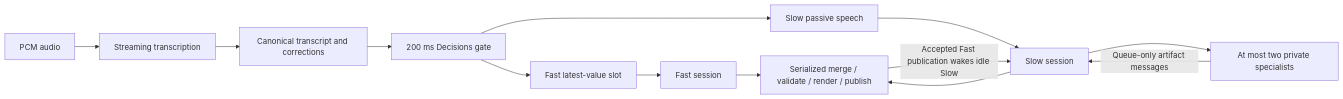
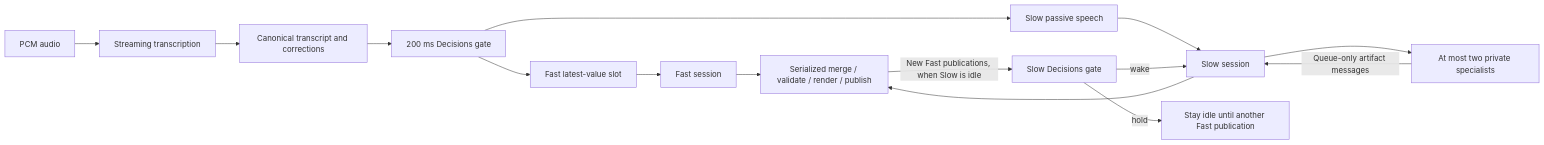
The diagram in orchestration/README.md (huytrinhm/talkdeck), drawn with Mermaid before and after one commit. The commit also changed other lines of this file and 31 other files, not shown here.

````diff
--- a/orchestration/README.md
+++ b/orchestration/README.md
@@ -38,15 +58,17 @@
 ```mermaid
 flowchart LR
   A[PCM audio] --> T[Streaming transcription]
   T --> C[Canonical transcript and corrections]
   C --> D[200 ms Decisions gate]
   D --> F[Fast latest-value slot]
   D --> P[Slow passive speech]
   F --> FS[Fast session]
   P --> SS[Slow session]
   FS --> Q[Serialized merge / validate / render / publish]
   SS --> Q
-  Q -->|Accepted Fast publication wakes idle Slow| SS
+  Q -->|New Fast publications, when Slow is idle| SD[Slow Decisions gate]
+  SD -->|wake| SS
+  SD -->|hold| I[Stay idle until another Fast publication]
   SS --> SP[At most two private specialists]
   SP -->|Queue-only artifact messages| SS
 ```
````
